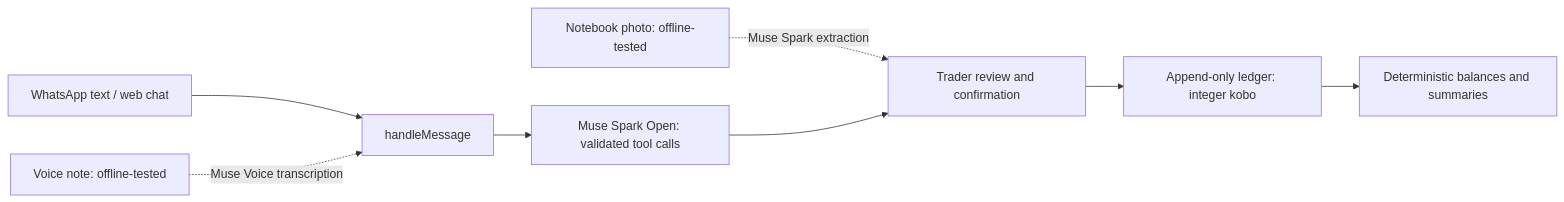
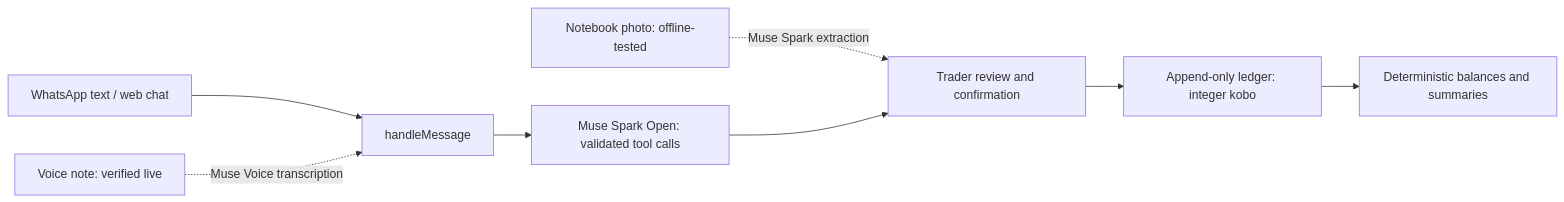
One commit to emmaGH1/kobo changed the diagram in README.md. Above: the diagram before and after it, drawn with Mermaid. The commit also changed other lines of this file and 1 other file, not shown here.

First line of the commit message:
docs: voice notes verified live on whatsapp

````diff
--- a/README.md
+++ b/README.md
@@ -44,10 +44,10 @@
 ```mermaid
 flowchart LR
   W[WhatsApp text / web chat] --> H[handleMessage]
-  V[Voice note: offline-tested] -. Muse Voice transcription .-> H
+  V[Voice note: verified live] -. Muse Voice transcription .-> H
   N[Notebook photo: offline-tested] -. Muse Spark extraction .-> R
   H --> S[Muse Spark Open: validated tool calls]
   S --> R[Trader review and confirmation]
   R --> L[Append-only ledger: integer kobo]
   L --> C[Deterministic balances and summaries]
 ```
````
